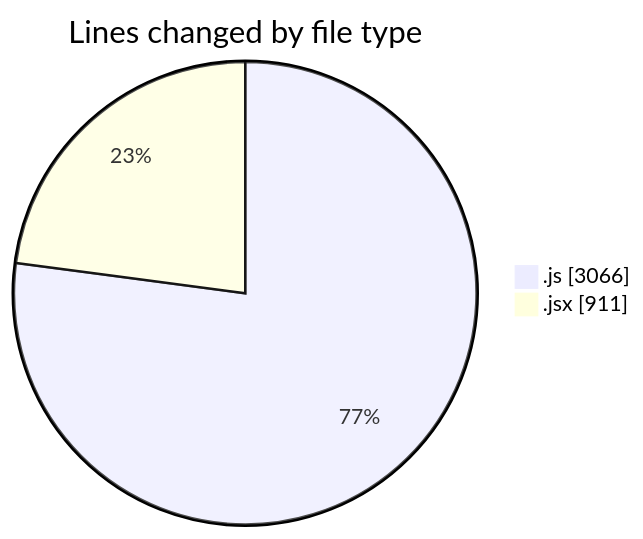
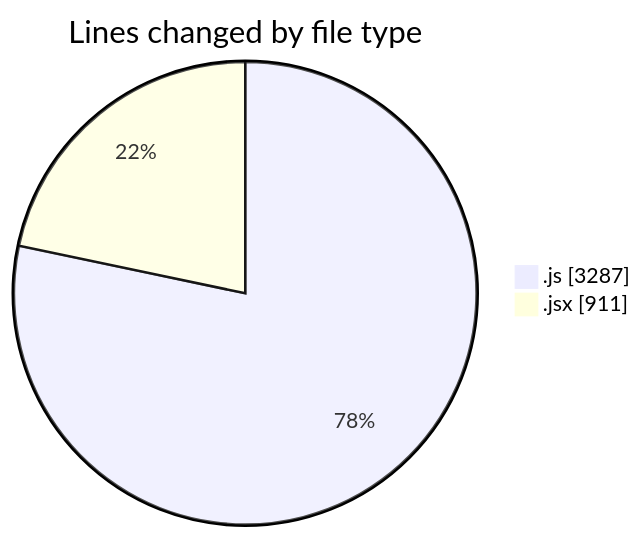
One commit to nxtqubesakshisongat/code-tracking changed the first of 2 diagrams in 2025-09-24/nxtqube_webapp/README.md. Above: the diagram before and after it, drawn with Mermaid. The commit also changed other lines of this file and 1 other file, not shown here.

````diff
--- a/2025-09-24/nxtqube_webapp/README.md
+++ b/2025-09-24/nxtqube_webapp/README.md
@@ -22,6 +22,6 @@
 ```mermaid
 pie showData
 title Lines changed by file type
-".js" : 3066
+".js" : 3287
 ".jsx" : 911
 ```
````
